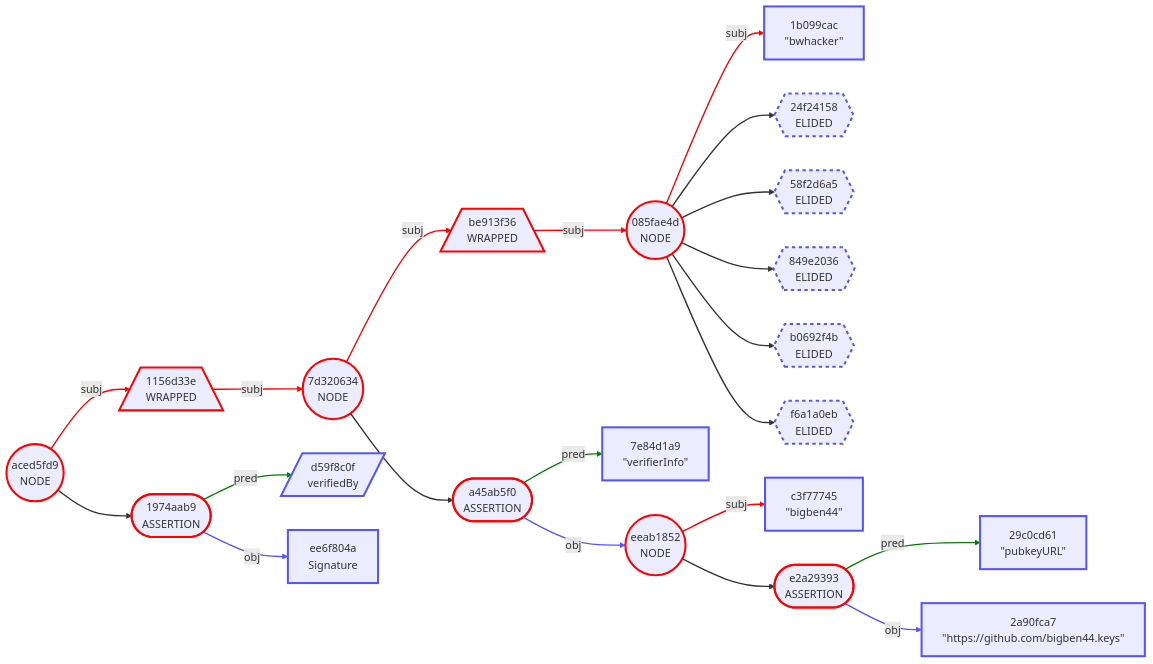
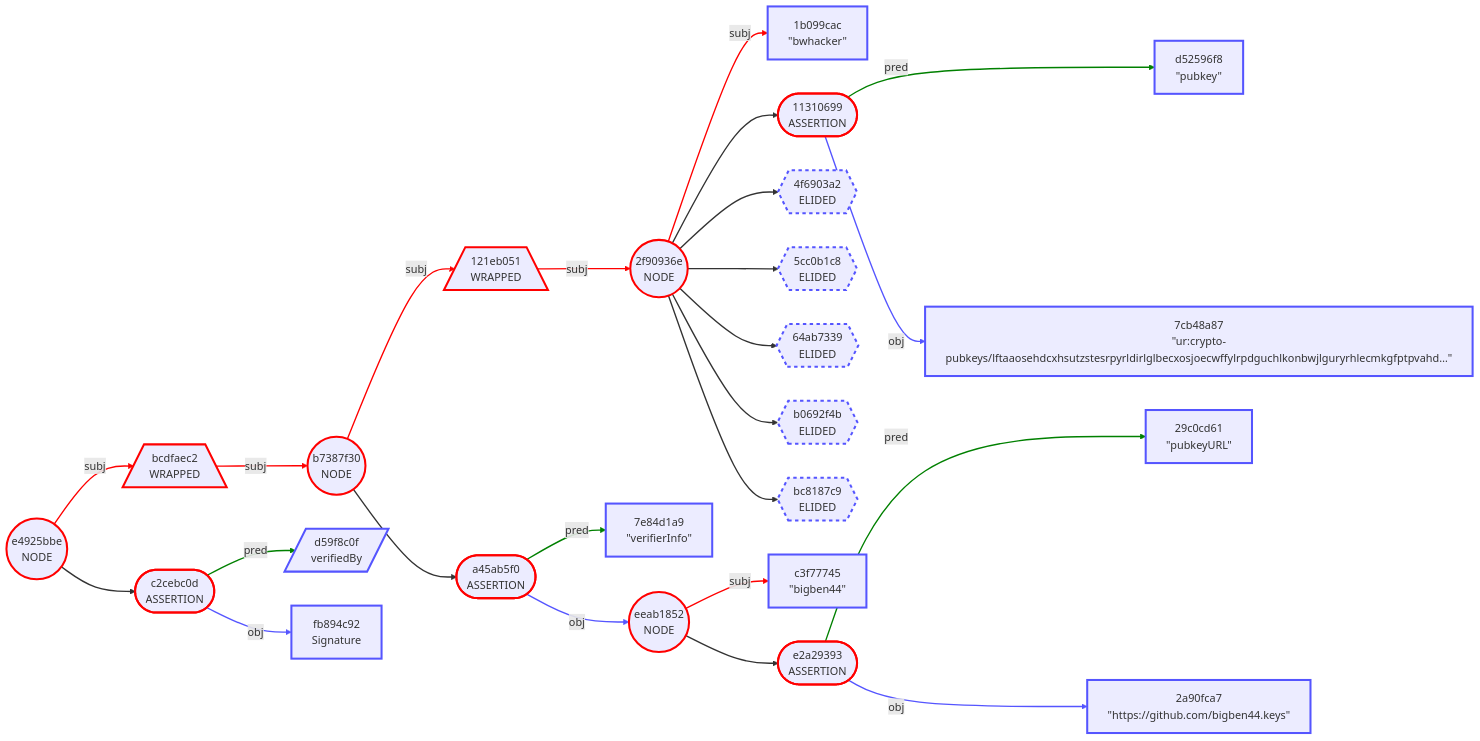
Before and after one commit to BlockchainCommons/Gordian: diagram 17 of 19 in Docs/Envelope-Use-Cases-Software.md, drawn with Mermaid. The commit also changed other lines of this file, not shown here.

````diff
--- a/Docs/Envelope-Use-Cases-Software.md
+++ b/Docs/Envelope-Use-Cases-Software.md
@@ -3163,85 +3191,97 @@
 ```mermaid
 graph LR
-    1(("aced5fd9<br/>NODE"))
-    2[/"1156d33e<br/>WRAPPED"\]
-    3(("7d320634<br/>NODE"))
-    4[/"be913f36<br/>WRAPPED"\]
-    5(("085fae4d<br/>NODE"))
+    1(("e4925bbe<br/>NODE"))
+    2[/"bcdfaec2<br/>WRAPPED"\]
+    3(("b7387f30<br/>NODE"))
+    4[/"121eb051<br/>WRAPPED"\]
+    5(("2f90936e<br/>NODE"))
     6["1b099cac<br/>#quot;bwhacker#quot;"]
-    7{{"24f24158<br/>ELIDED"}}
-    8{{"58f2d6a5<br/>ELIDED"}}
-    9{{"849e2036<br/>ELIDED"}}
-    10{{"b0692f4b<br/>ELIDED"}}
-    11{{"f6a1a0eb<br/>ELIDED"}}
-    12(["a45ab5f0<br/>ASSERTION"])
-    13["7e84d1a9<br/>#quot;verifierInfo#quot;"]
-    14(("eeab1852<br/>NODE"))
-    15["c3f77745<br/>#quot;bigben44#quot;"]
-    16(["e2a29393<br/>ASSERTION"])
-    17["29c0cd61<br/>#quot;pubkeyURL#quot;"]
-    18["2a90fca7<br/>#quot;https://github.com/bigben44.keys#quot;"]
-    19(["1974aab9<br/>ASSERTION"])
-    20[/"d59f8c0f<br/>verifiedBy"/]
-    21["ee6f804a<br/>Signature"]
+    7(["11310699<br/>ASSERTION"])
+    8["d52596f8<br/>#quot;pubkey#quot;"]
+    9["7cb48a87<br/>#quot;ur:crypto-pubkeys/lftaaosehdcxhsutzstesrpyrldirlglbecxosjoecwffylrpdguchlkonbwjlguryrhlecmkgfptpvahd…#quot;"]
+    10{{"4f6903a2<br/>ELIDED"}}
+    11{{"5cc0b1c8<br/>ELIDED"}}
+    12{{"64ab7339<br/>ELIDED"}}
+    13{{"b0692f4b<br/>ELIDED"}}
+    14{{"bc8187c9<br/>ELIDED"}}
+    15(["a45ab5f0<br/>ASSERTION"])
+    16["7e84d1a9<br/>#quot;verifierInfo#quot;"]
+    17(("eeab1852<br/>NODE"))
+    18["c3f77745<br/>#quot;bigben44#quot;"]
+    19(["e2a29393<br/>ASSERTION"])
+    20["29c0cd61<br/>#quot;pubkeyURL#quot;"]
+    21["2a90fca7<br/>#quot;https://github.com/bigben44.keys#quot;"]
+    22(["c2cebc0d<br/>ASSERTION"])
+    23[/"d59f8c0f<br/>verifiedBy"/]
+    24["fb894c92<br/>Signature"]
     1 -->|subj| 2
     2 -->|subj| 3
     3 -->|subj| 4
     4 -->|subj| 5
     5 -->|subj| 6
     5 --> 7
-    5 --> 8
-    5 --> 9
+    7 -->|pred| 8
+    7 -->|obj| 9
     5 --> 10
     5 --> 11
-    3 --> 12
-    12 -->|pred| 13
-    12 -->|obj| 14
-    14 -->|subj| 15
-    14 --> 16
-    16 -->|pred| 17
-    16 -->|obj| 18
-    1 --> 19
+    5 --> 12
+    5 --> 13
+    5 --> 14
+    3 --> 15
+    15 -->|pred| 16
+    15 -->|obj| 17
+    17 -->|subj| 18
+    17 --> 19
     19 -->|pred| 20
     19 -->|obj| 21
+    1 --> 22
+    22 -->|pred| 23
+    22 -->|obj| 24
     style 1 stroke:red,stroke-width:3.0px
     style 2 stroke:red,stroke-width:3.0px
     style 3 stroke:red,stroke-width:3.0px
     style 4 stroke:red,stroke-width:3.0px
     style 5 stroke:red,stroke-width:3.0px
     style 6 stroke:#55f,stroke-width:3.0px
-    style 7 stroke:#55f,stroke-width:3.0px,stroke-dasharray:5.0 5.0
-    style 8 stroke:#55f,stroke-width:3.0px,stroke-dasharray:5.0 5.0
-    style 9 stroke:#55f,stroke-width:3.0px,stroke-dasharray:5.0 5.0
+    style 7 stroke:red,stroke-width:3.0px
+    style 8 stroke:#55f,stroke-width:3.0px
+    style 9 stroke:#55f,stroke-width:3.0px
     style 10 stroke:#55f,stroke-width:3.0px,stroke-dasharray:5.0 5.0
     style 11 stroke:#55f,stroke-width:3.0px,stroke-dasharray:5.0 5.0
-    style 12 stroke:red,stroke-width:3.0px
-    style 13 stroke:#55f,stroke-width:3.0px
-    style 14 stroke:red,stroke-width:3.0px
-    style 15 stroke:#55f,stroke-width:3.0px
-    style 16 stroke:red,stroke-width:3.0px
-    style 17 stroke:#55f,stroke-width:3.0px
+    style 12 stroke:#55f,stroke-width:3.0px,stroke-dasharray:5.0 5.0
+    style 13 stroke:#55f,stroke-width:3.0px,stroke-dasharray:5.0 5.0
+    style 14 stroke:#55f,stroke-width:3.0px,stroke-dasharray:5.0 5.0
+    style 15 stroke:red,stroke-width:3.0px
+    style 16 stroke:#55f,stroke-width:3.0px
+    style 17 stroke:red,stroke-width:3.0px
     style 18 stroke:#55f,stroke-width:3.0px
     style 19 stroke:red,stroke-width:3.0px
     style 20 stroke:#55f,stroke-width:3.0px
     style 21 stroke:#55f,stroke-width:3.0px
+    style 22 stroke:red,stroke-width:3.0px
+    style 23 stroke:#55f,stroke-width:3.0px
+    style 24 stroke:#55f,stroke-width:3.0px
     linkStyle 0 stroke:red,stroke-width:2.0px
     linkStyle 1 stroke:red,stroke-width:2.0px
     linkStyle 2 stroke:red,stroke-width:2.0px
     linkStyle 3 stroke:red,stroke-width:2.0px
     linkStyle 4 stroke:red,stroke-width:2.0px
     linkStyle 5 stroke-width:2.0px
-    linkStyle 6 stroke-width:2.0px
-    linkStyle 7 stroke-width:2.0px
+    linkStyle 6 stroke:green,stroke-width:2.0px
+    linkStyle 7 stroke:#55f,stroke-width:2.0px
     linkStyle 8 stroke-width:2.0px
     linkStyle 9 stroke-width:2.0px
     linkStyle 10 stroke-width:2.0px
-    linkStyle 11 stroke:green,stroke-width:2.0px
-    linkStyle 12 stroke:#55f,stroke-width:2.0px
-    linkStyle 13 stroke:red,stroke-width:2.0px
-    linkStyle 14 stroke-width:2.0px
-    linkStyle 15 stroke:green,stroke-width:2.0px
-    linkStyle 16 stroke:#55f,stroke-width:2.0px
+    linkStyle 11 stroke-width:2.0px
+    linkStyle 12 stroke-width:2.0px
+    linkStyle 13 stroke-width:2.0px
+    linkStyle 14 stroke:green,stroke-width:2.0px
+    linkStyle 15 stroke:#55f,stroke-width:2.0px
+    linkStyle 16 stroke:red,stroke-width:2.0px
     linkStyle 17 stroke-width:2.0px
     linkStyle 18 stroke:green,stroke-width:2.0px
     linkStyle 19 stroke:#55f,stroke-width:2.0px
+    linkStyle 20 stroke-width:2.0px
+    linkStyle 21 stroke:green,stroke-width:2.0px
+    linkStyle 22 stroke:#55f,stroke-width:2.0px
 ```
````
